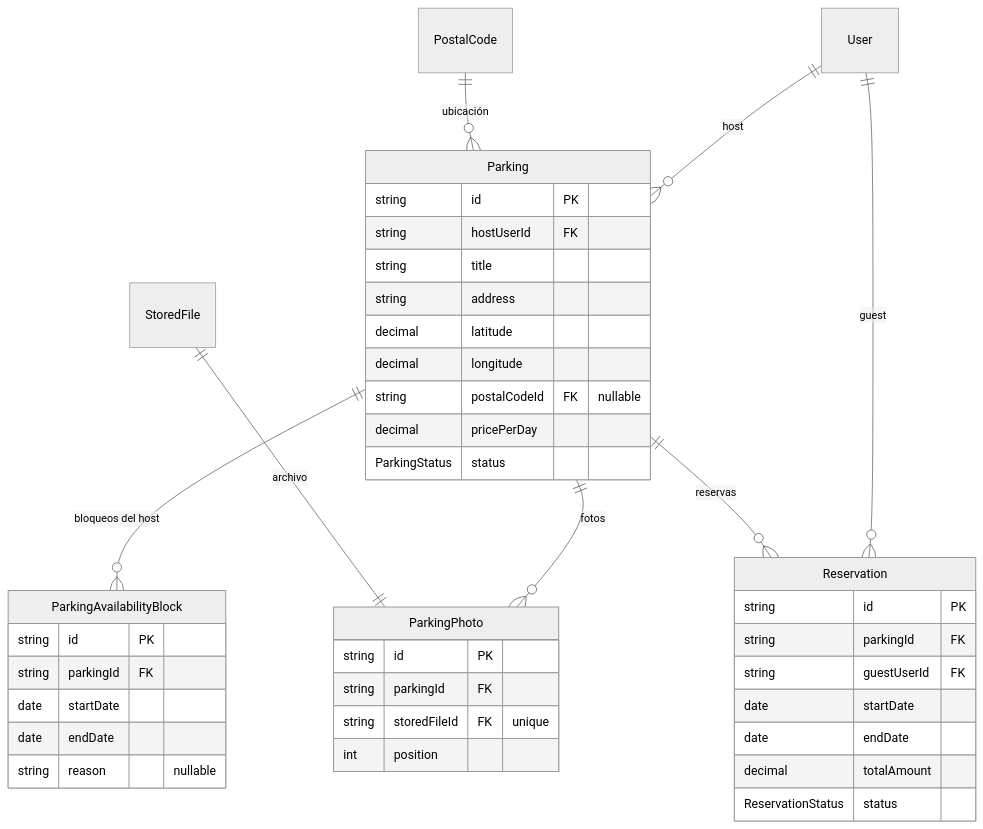
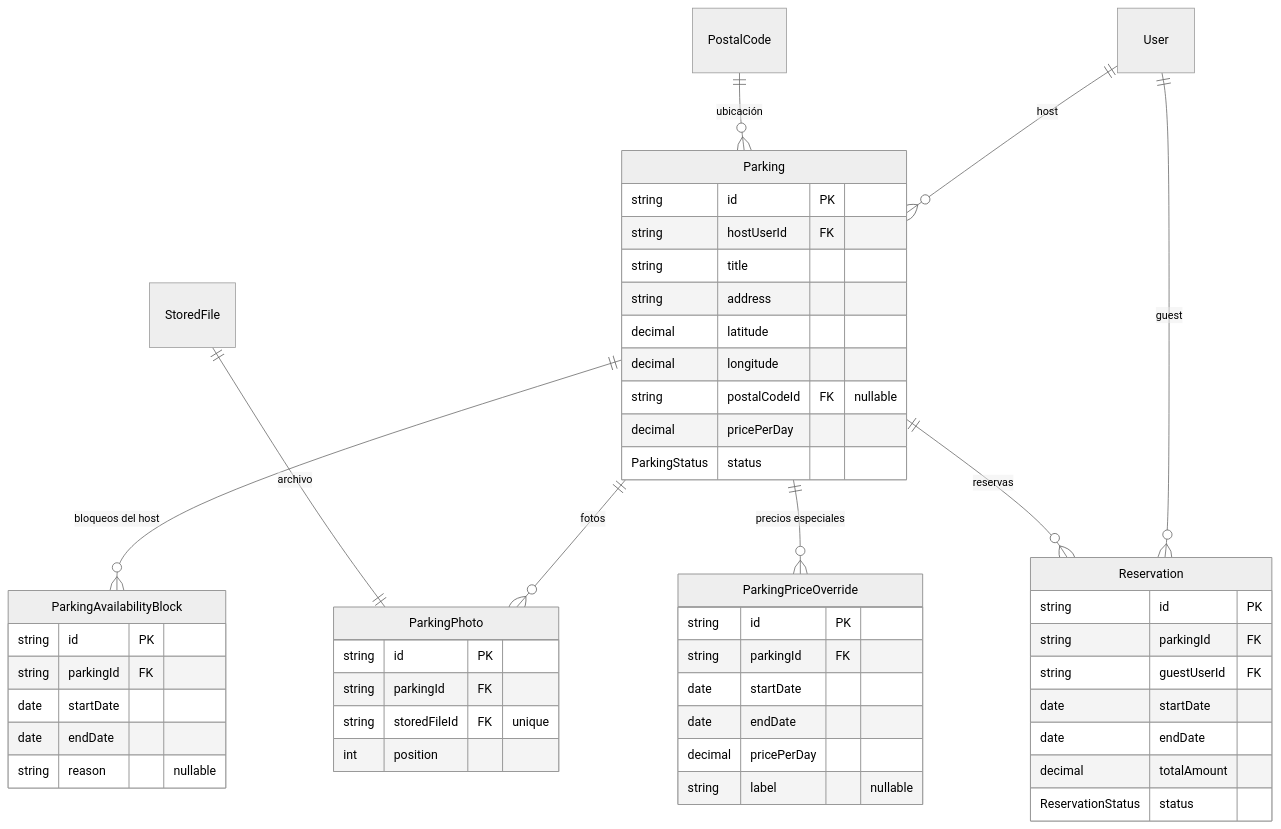
The first of 3 diagrams in apps/api/src/modules/parking/domain/DOMAIN.md (msalejandrojose/core), drawn with Mermaid (neutral theme) before and after one commit. The commit also changed other lines of this file and 27 other files, not shown here.

````diff
--- a/apps/api/src/modules/parking/domain/DOMAIN.md
+++ b/apps/api/src/modules/parking/domain/DOMAIN.md
@@ -12,44 +12,53 @@
 ```mermaid
 erDiagram
     User ||--o{ Parking : "host"
     User ||--o{ Reservation : "guest"
     PostalCode ||--o{ Parking : "ubicación"
     Parking ||--o{ ParkingPhoto : "fotos"
     StoredFile ||--|| ParkingPhoto : "archivo"
     Parking ||--o{ ParkingAvailabilityBlock : "bloqueos del host"
+    Parking ||--o{ ParkingPriceOverride : "precios especiales"
     Parking ||--o{ Reservation : "reservas"
 
     Parking {
         string id PK
         string hostUserId FK
         string title
         string address
         decimal latitude
         decimal longitude
         string postalCodeId FK "nullable"
         decimal pricePerDay
         ParkingStatus status
     }
     ParkingPhoto {
         string id PK
         string parkingId FK
         string storedFileId FK "unique"
         int position
     }
     ParkingAvailabilityBlock {
         string id PK
         string parkingId FK
         date startDate
         date endDate
         string reason "nullable"
     }
+    ParkingPriceOverride {
+        string id PK
+        string parkingId FK
+        date startDate
+        date endDate
+        decimal pricePerDay
+        string label "nullable"
+    }
     Reservation {
         string id PK
         string parkingId FK
         string guestUserId FK
         date startDate
         date endDate
         decimal totalAmount
         ReservationStatus status
     }
 ```
````
